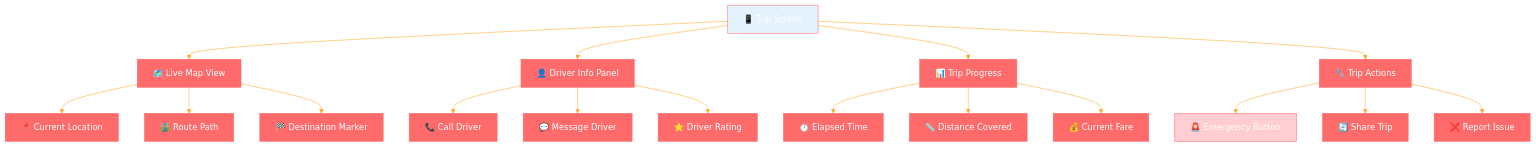
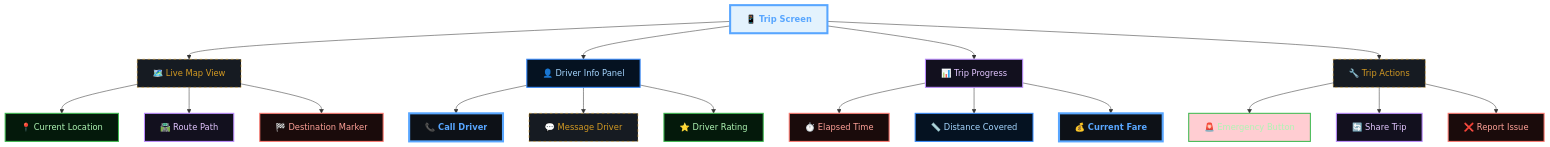
The tenth of 19 diagrams in docs/user-journeys/passenger-flow.md (abdoElHodaky/transportapp), drawn with Mermaid before and after one commit. The commit also changed other lines of this file and 9 other files, not shown here.

````diff
--- a/docs/user-journeys/passenger-flow.md
+++ b/docs/user-journeys/passenger-flow.md
@@ -357,27 +625,64 @@
 ```mermaid
-%%{init: {'theme':'base', 'themeVariables': {'primaryColor':'#ff6b6b','primaryTextColor':'#fff','primaryBorderColor':'#ff6b6b','lineColor':'#ffa726','sectionBkgColor':'#ff6b6b','altSectionBkgColor':'#fff','gridColor':'#fff','secondaryColor':'#006100','tertiaryColor':'#fff'}}}%%
 graph TB
     A[📱 Trip Screen] --> B[🗺️ Live Map View]
     A --> C[👤 Driver Info Panel]
     A --> D[📊 Trip Progress]
     A --> E[🔧 Trip Actions]
     
     B --> B1[📍 Current Location]
     B --> B2[🛣️ Route Path]
     B --> B3[🏁 Destination Marker]
     
     C --> C1[📞 Call Driver]
     C --> C2[💬 Message Driver]
     C --> C3[⭐ Driver Rating]
     
     D --> D1[⏱️ Elapsed Time]
     D --> D2[📏 Distance Covered]
     D --> D3[💰 Current Fare]
     
     E --> E1[🚨 Emergency Button]
     E --> E2[🔄 Share Trip]
     E --> E3[❌ Report Issue]
     
     style A fill:#e3f2fd
     style E1 fill:#ffcdd2
+
+    %% --- DARK GRADIENT & GLOW STYLING ---
+    
+    %% Main Dashboard (Neon Cyan/Blue)
+    classDef main fill:#0d1117,stroke:#58a6ff,stroke-width:4px,color:#58a6ff,font-weight:bold;
+    
+    %% Decision Diamond (Gold Glow)
+    classDef decision fill:#161b22,stroke:#d29922,color:#d29922,stroke-dasharray: 5 5;
+    
+    %% Revenue (Emerald Gradient Style)
+    classDef revNode fill:#04190b,stroke:#3fb950,color:#aff5b4,stroke-width:2px;
+    
+    %% Commission (Purple Gradient Style)
+    classDef commNode fill:#12101e,stroke:#bc8cff,color:#e2c5ff,stroke-width:2px;
+    
+    %% Refund (Ruby Gradient Style)
+    classDef refNode fill:#1a0b0b,stroke:#ff7b72,color:#ffa198,stroke-width:2px;
+    
+    %% Earnings (Sapphire Gradient Style)
+    classDef earnNode fill:#051221,stroke:#388bfd,color:#a5d6ff,stroke-width:2px;
+
+    class A main;
+    class B decision;
+    class B1 revNode;
+    class B2 commNode;
+    class B3 refNode;
+    class C earnNode;
+    class C1 main;
+    class C2 decision;
+    class C3 revNode;
+    class D commNode;
+    class D1 refNode;
+    class D2 earnNode;
+    class D3 main;
+    class E decision;
+    class E1 revNode;
+    class E2 commNode;
+    class E3 refNode;
 ```
````
